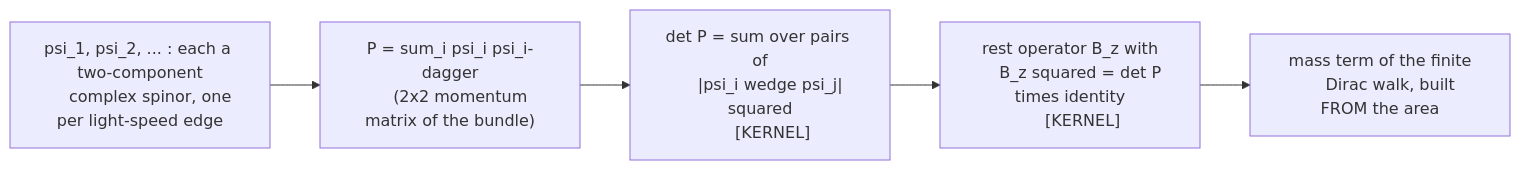
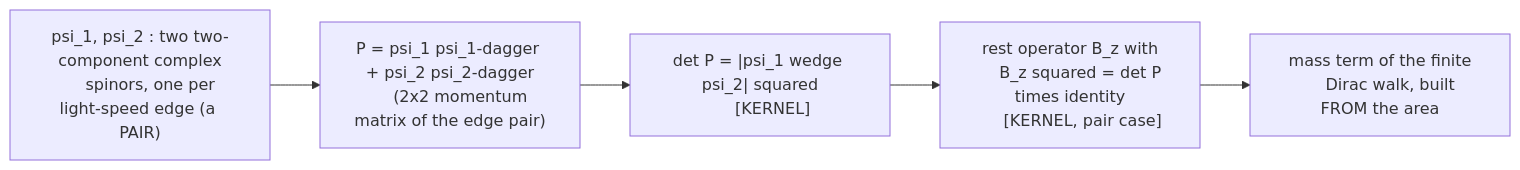
One commit to Pandaemonium/StandardModel changed the diagram in AutonomousLab/work/LAB-INFRA/EDU_ADJACENT_RESEARCHER_BRIEF_2026-07-16.md. Above: the diagram before and after it, drawn with Mermaid. The commit also changed other lines of this file and 479 other files, not shown here.

````diff
--- a/AutonomousLab/work/LAB-INFRA/EDU_ADJACENT_RESEARCHER_BRIEF_2026-07-16.md
+++ b/AutonomousLab/work/LAB-INFRA/EDU_ADJACENT_RESEARCHER_BRIEF_2026-07-16.md
@@ -33,16 +33,15 @@
 ```mermaid
 flowchart LR
-  A["psi_1, psi_2, ... : each a two-component
-     complex spinor, one per light-speed edge"]
-  P["P = sum_i psi_i psi_i-dagger
-     (2x2 momentum matrix of the bundle)"]
-  D["det P = sum over pairs of
-     |psi_i wedge psi_j| squared
+  A["psi_1, psi_2 : two two-component complex
+     spinors, one per light-speed edge (a PAIR)"]
+  P["P = psi_1 psi_1-dagger + psi_2 psi_2-dagger
+     (2x2 momentum matrix of the edge pair)"]
+  D["det P = |psi_1 wedge psi_2| squared
      [KERNEL]"]
   B["rest operator B_z with
      B_z squared = det P times identity
-     [KERNEL]"]
+     [KERNEL, pair case]"]
   W["mass term of the finite
      Dirac walk, built FROM the area"]
   A --> P --> D --> B --> W
 ```
````
